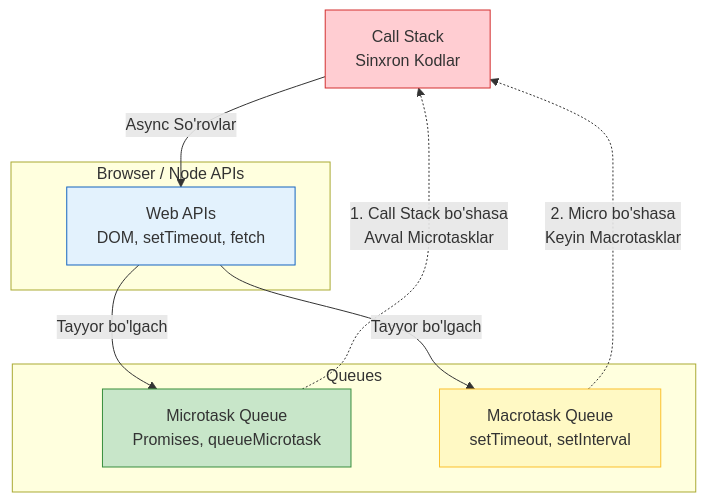
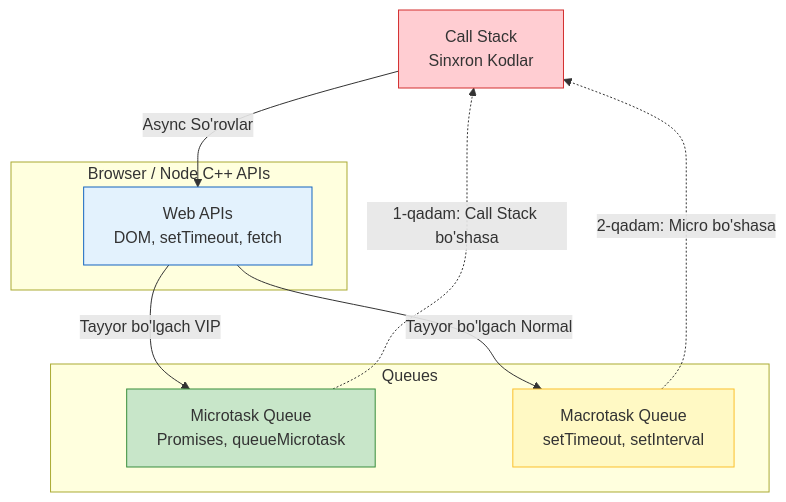
One commit to nusretoglu/senior-frontend-roadmap changed the diagram in docs/01-core-javascript/02-event-loop.md. Above: the diagram before and after it, drawn with Mermaid. The commit also changed other lines of this file and 143 other files, not shown here.

````diff
--- a/docs/01-core-javascript/02-event-loop.md
+++ b/docs/01-core-javascript/02-event-loop.md
@@ -20,25 +142,25 @@
 ```mermaid
 graph TD
-    CS[Call Stack<br/>Sinxron Kodlar]
+    CS[Call Stack <br> Sinxron Kodlar]
     
-    subgraph Browser / Node APIs
-        API[Web APIs<br/>DOM, setTimeout, fetch]
+    subgraph Browser / Node C++ APIs
+        API[Web APIs <br> DOM, setTimeout, fetch]
     end
     
     subgraph Queues
-        Micro[Microtask Queue<br/>Promises, queueMicrotask]
-        Macro[Macrotask Queue<br/>setTimeout, setInterval]
+        Micro[Microtask Queue <br> Promises, queueMicrotask]
+        Macro[Macrotask Queue <br> setTimeout, setInterval]
     end
     
     CS -->|Async So'rovlar| API
-    API -->|Tayyor bo'lgach| Micro
-    API -->|Tayyor bo'lgach| Macro
+    API -->|Tayyor bo'lgach VIP| Micro
+    API -->|Tayyor bo'lgach Normal| Macro
     
-    Micro -.->|1. Call Stack bo'shasa<br/>Avval Microtasklar| CS
-    Macro -.->|2. Micro bo'shasa<br/>Keyin Macrotasklar| CS
+    Micro -.->|1-qadam: Call Stack bo'shasa| CS
+    Macro -.->|2-qadam: Micro bo'shasa| CS
     
     style CS fill:#ffcdd2,stroke:#d32f2f
     style API fill:#e3f2fd,stroke:#1565c0
     style Micro fill:#c8e6c9,stroke:#388e3c
     style Macro fill:#fff9c4,stroke:#fbc02d
 ```
````
